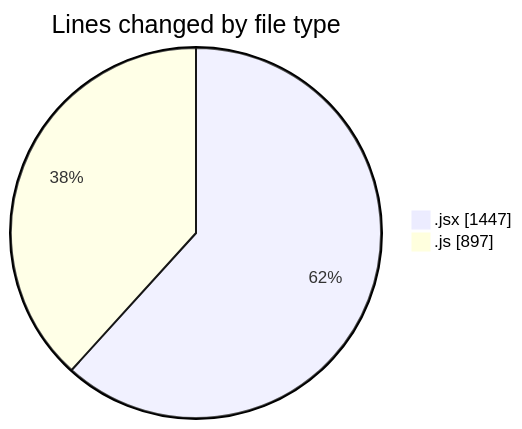
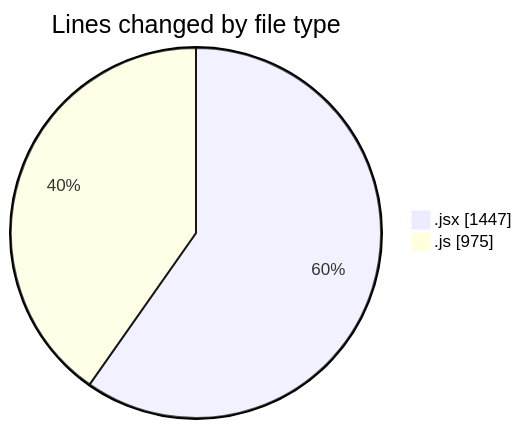
One commit to nxtqubesakshisongat/code-tracking changed the first of 2 diagrams in 2025-09-15/nxtqube_webapp/README.md. Above: the diagram before and after it, drawn with Mermaid. The commit also changed other lines of this file and 1 other file, not shown here.

````diff
--- a/2025-09-15/nxtqube_webapp/README.md
+++ b/2025-09-15/nxtqube_webapp/README.md
@@ -22,6 +22,6 @@
 ```mermaid
 pie showData
 title Lines changed by file type
 ".jsx" : 1447
-".js" : 897
+".js" : 975
 ```
````
